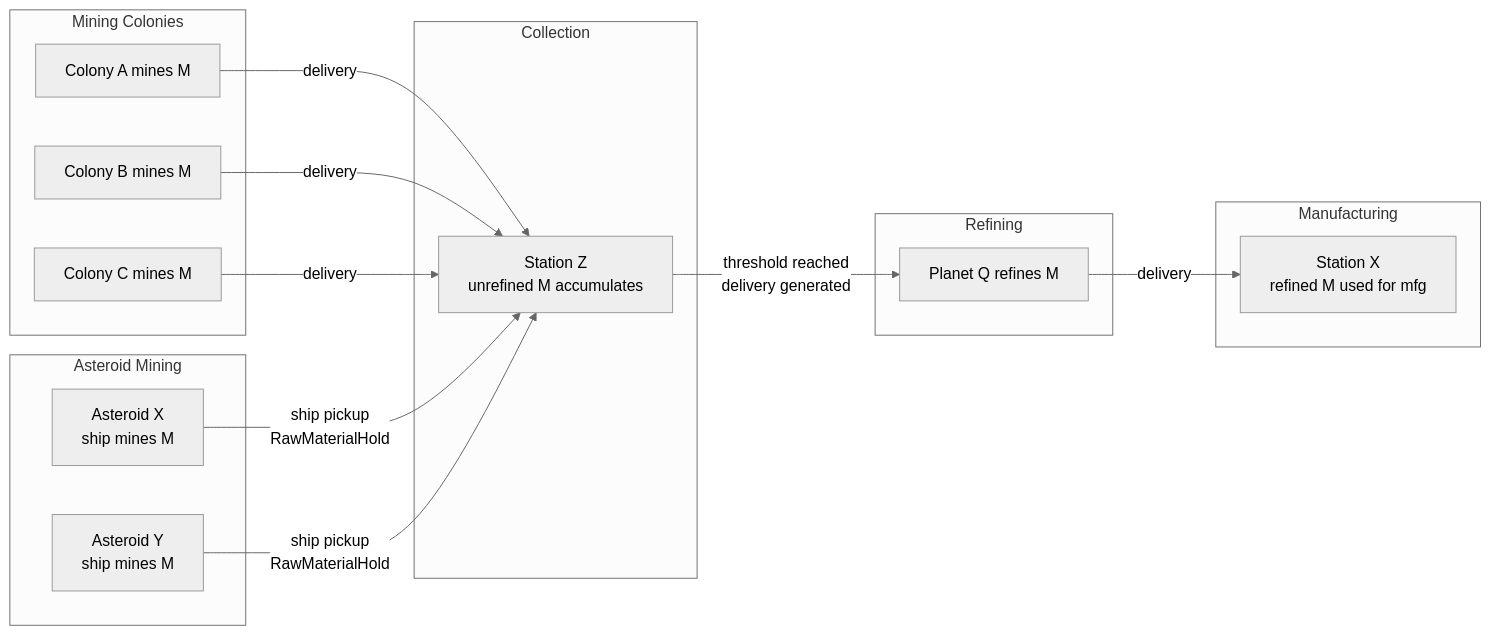
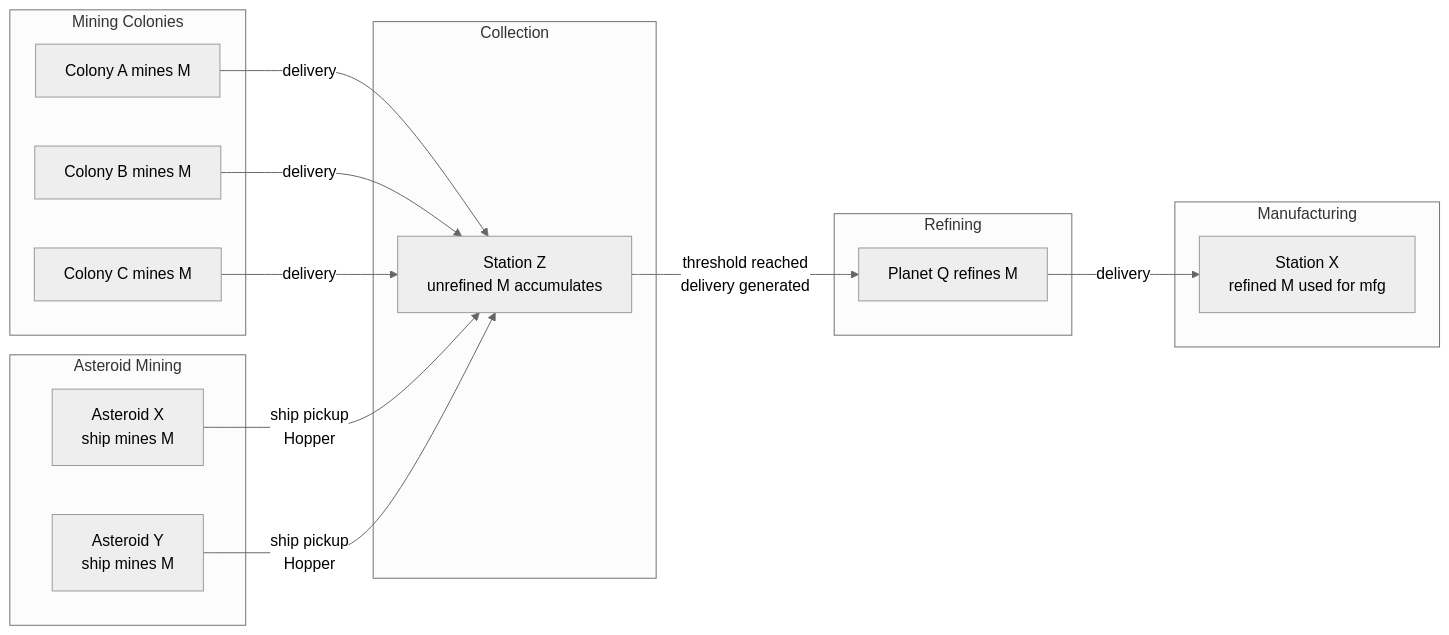
Before and after one commit to scalorn/OuterEmpires2EmpireTracker: the sixth of 9 diagrams in .kiro/specs/empire-systems/design.md, drawn with Mermaid (neutral theme). The commit also changed other lines of this file and 1 other file, not shown here.

````diff
--- a/.kiro/specs/empire-systems/design.md
+++ b/.kiro/specs/empire-systems/design.md
@@ -188,33 +188,33 @@
 ```mermaid
 flowchart LR
     subgraph Mining Colonies
         A1[Colony A mines M]
         A2[Colony B mines M]
         A3[Colony C mines M]
     end
 
     subgraph Asteroid Mining
         AM1[Asteroid X<br/>ship mines M]
         AM2[Asteroid Y<br/>ship mines M]
     end
 
     subgraph Collection
         B1[Station Z<br/>unrefined M accumulates]
     end
 
     subgraph Refining
         C1[Planet Q refines M]
     end
 
     subgraph Manufacturing
         D1[Station X<br/>refined M used for mfg]
     end
 
     A1 -->|delivery| B1
     A2 -->|delivery| B1
     A3 -->|delivery| B1
-    AM1 -->|ship pickup<br/>RawMaterialHold| B1
-    AM2 -->|ship pickup<br/>RawMaterialHold| B1
+    AM1 -->|ship pickup<br/>Hopper| B1
+    AM2 -->|ship pickup<br/>Hopper| B1
     B1 -->|threshold reached<br/>delivery generated| C1
     C1 -->|delivery| D1
 ```
````
